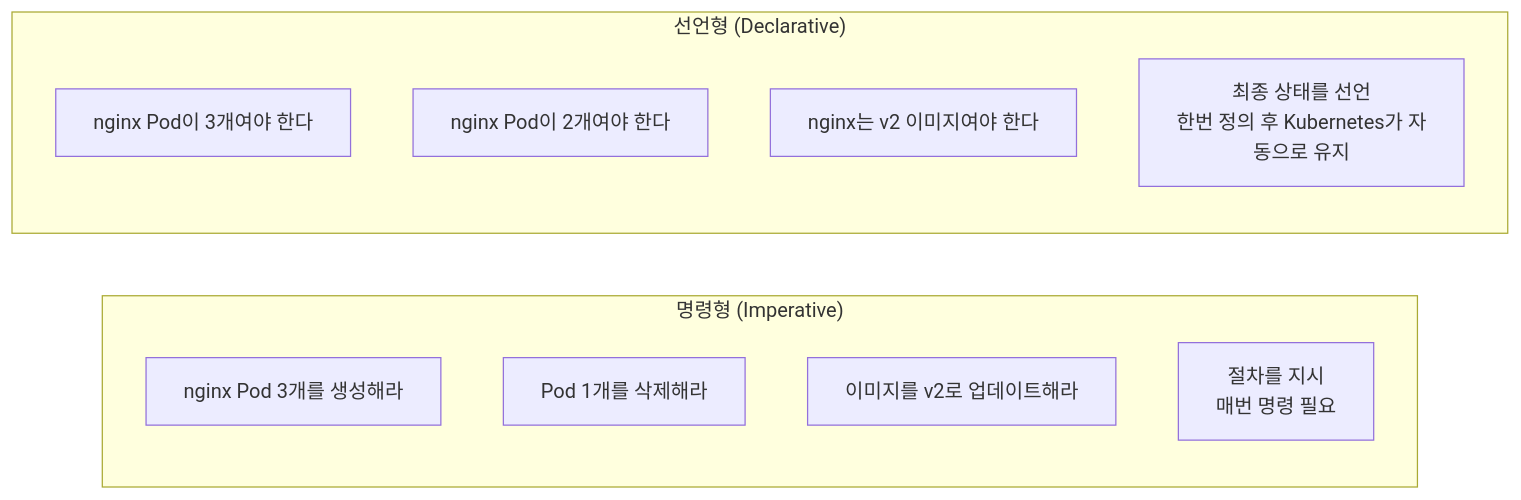
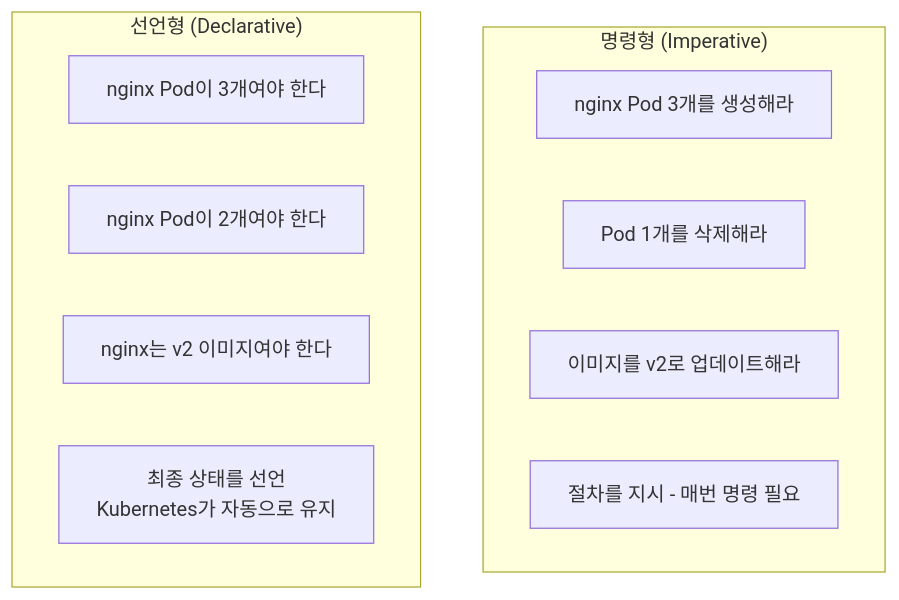
The first of 9 diagrams in _posts/2025-12-24-kubernetes-03-control-loop.md (K-Diger/k-diger.github.io), drawn with Mermaid before and after one commit. The commit also changed 13 other files, not shown here.

````diff
--- a/_posts/2025-12-24-kubernetes-03-control-loop.md
+++ b/_posts/2025-12-24-kubernetes-03-control-loop.md
@@ -16,15 +16,15 @@
 ```mermaid
-flowchart LR
+flowchart TB
     subgraph Imperative["명령형 (Imperative)"]
         I1["nginx Pod 3개를 생성해라"]
         I2["Pod 1개를 삭제해라"]
         I3["이미지를 v2로 업데이트해라"]
-        I4["절차를 지시<br/>매번 명령 필요"]
+        I4["절차를 지시 - 매번 명령 필요"]
     end
     subgraph Declarative["선언형 (Declarative)"]
         D1["nginx Pod이 3개여야 한다"]
         D2["nginx Pod이 2개여야 한다"]
         D3["nginx는 v2 이미지여야 한다"]
-        D4["최종 상태를 선언<br/>한번 정의 후 Kubernetes가 자동으로 유지"]
+        D4["최종 상태를 선언<br/>Kubernetes가 자동으로 유지"]
     end
 ```
````
